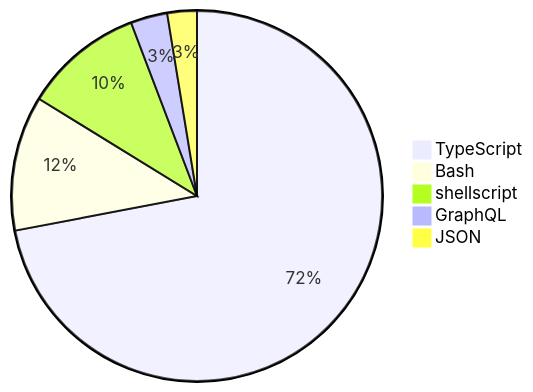
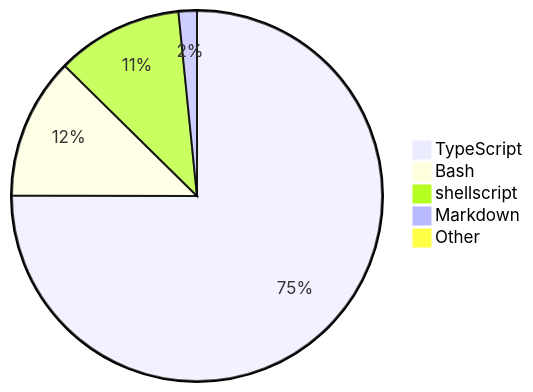
The diagram in README.md (skvggor/skvggor), drawn with Mermaid before and after one commit.

Commit message:
Updated waka-readme graph with new metrics

````diff
--- a/README.md
+++ b/README.md
@@ -16,8 +16,8 @@
 ```mermaid
 pie
-    "TypeScript" : 69.7
-    "Bash" : 11.4
-    "shellscript" : 10.1
-    "GraphQL" : 3.1
-    "JSON" : 2.5
+    "TypeScript" : 74.9
+    "Bash" : 12.3
+    "shellscript" : 11.0
+    "Markdown" : 1.6
+    "Other" : 0.1
 ```
````
